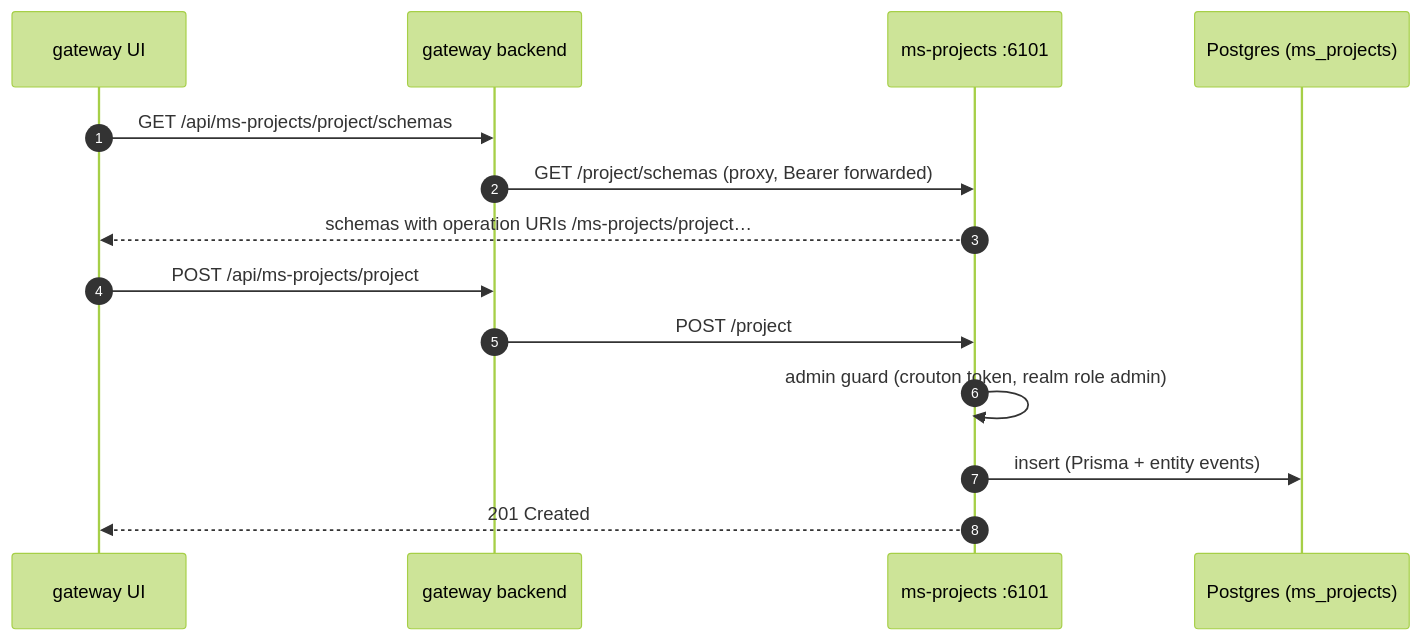
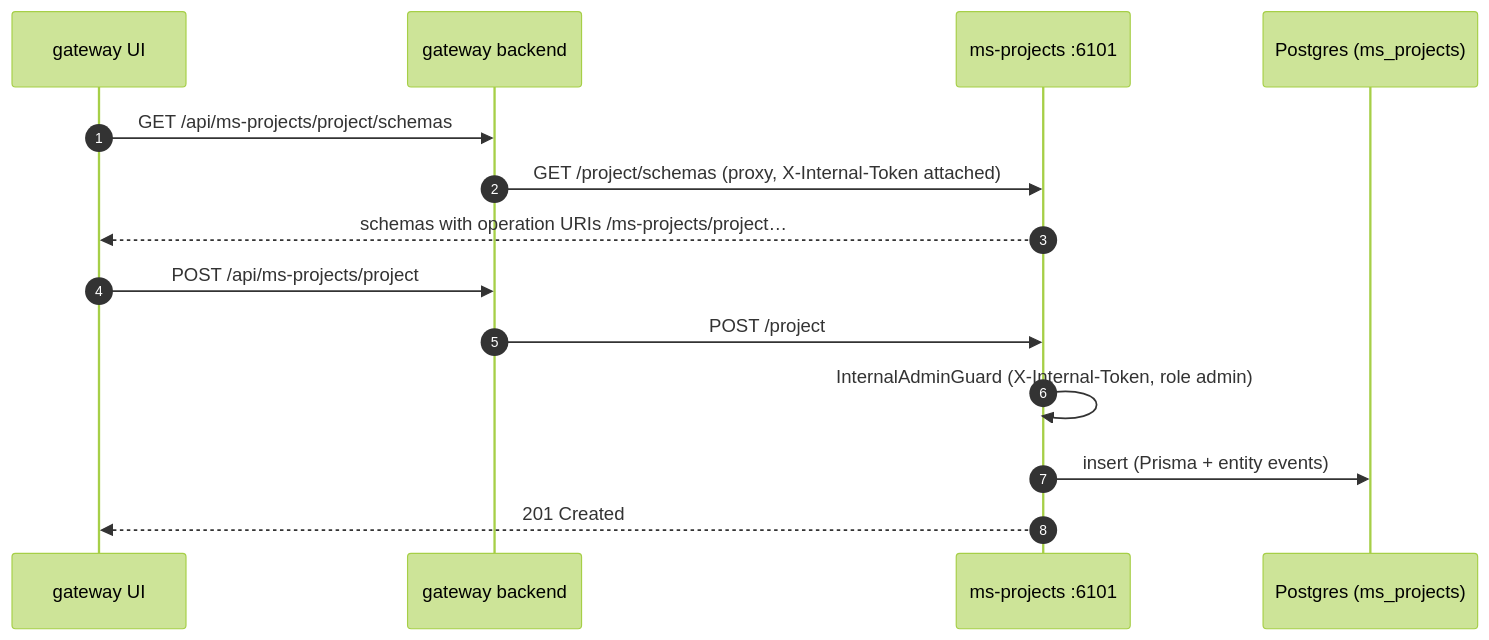
Before and after one commit to GhentCDH/annophis: the fourth of 4 diagrams in docs/admin-gateway.md, drawn with Mermaid (forest theme). The commit also changed other lines of this file and 52 other files, not shown here.

First line of the commit message:
feat(auth): replace per-service auth providers with internal admin guard (#20)

````diff
--- a/docs/admin-gateway.md
+++ b/docs/admin-gateway.md
@@ -99,17 +99,17 @@
 ```mermaid
 sequenceDiagram
   autonumber
   participant UI as gateway UI
   participant GW as gateway backend
   participant P as ms-projects :6101
   participant DB as Postgres (ms_projects)
 
   UI->>GW: GET /api/ms-projects/project/schemas
-  GW->>P: GET /project/schemas (proxy, Bearer forwarded)
+  GW->>P: GET /project/schemas (proxy, X-Internal-Token attached)
   P-->>UI: schemas with operation URIs /ms-projects/project…
   UI->>GW: POST /api/ms-projects/project
   GW->>P: POST /project
-  P->>P: admin guard (crouton token, realm role admin)
+  P->>P: InternalAdminGuard (X-Internal-Token, role admin)
   P->>DB: insert (Prisma + entity events)
   P-->>UI: 201 Created
 ```
````
